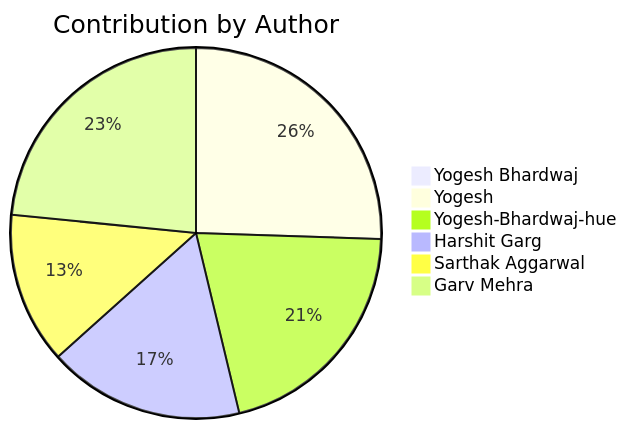
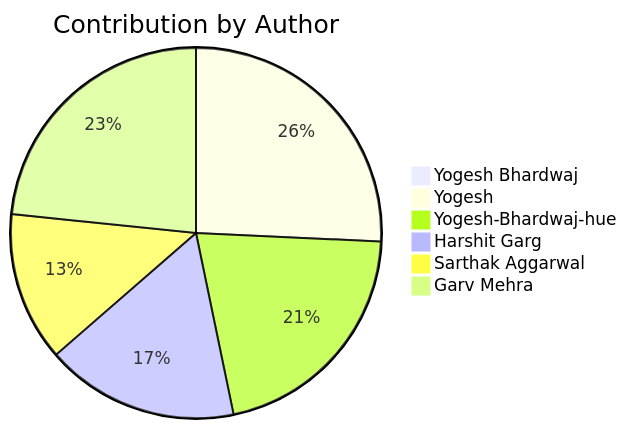
One commit to Yogesh-Bhardwaj-hue/Scm-Final_2.0 changed the second of 2 diagrams in README.md. Above: the diagram before and after it, drawn with Mermaid. The commit also changed other lines of this file, not shown here.

Commit message:
S99qFv0Guimd

````diff
--- a/README.md
+++ b/README.md
@@ -220,9 +220,9 @@
 ```mermaid
 pie title Contribution by Author
     "Yogesh Bhardwaj": 0
-    "Yogesh": 85
-    "Yogesh-Bhardwaj-hue": 69
+    "Yogesh": 87
+    "Yogesh-Bhardwaj-hue": 71
     "Harshit Garg": 57
     "Sarthak Aggarwal": 44
-    "Garv Mehra": 78
+    "Garv Mehra": 79
 ```
````
